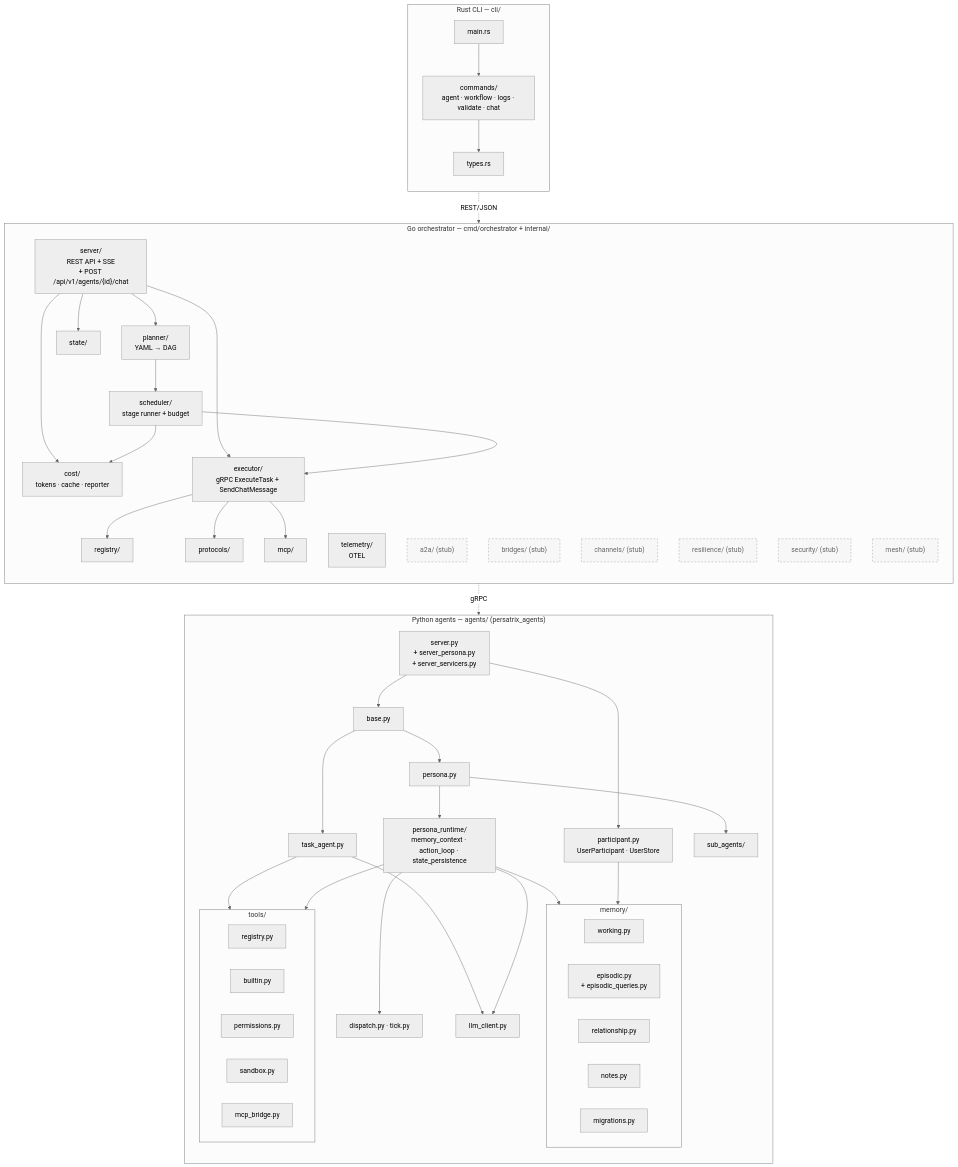
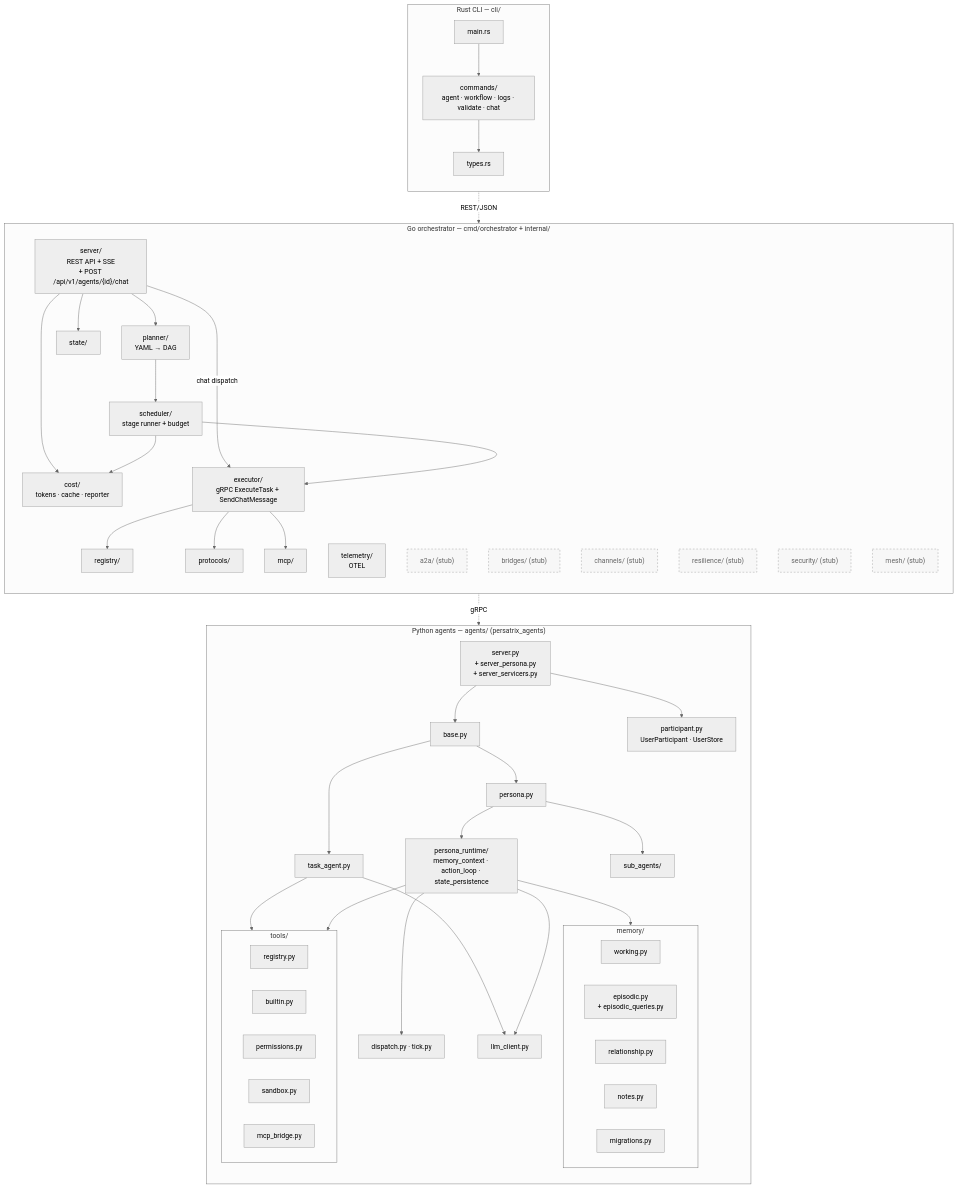
The diagram in docs/diagrams/component-architecture.md (mkhomutov/Persatrix), drawn with Mermaid (neutral theme) before and after one commit. The commit also changed 2 other files, not shown here.

Commit message:
docs(diagrams): apply PR review accuracy fixes

```diff
--- a/docs/diagrams/component-architecture.md
+++ b/docs/diagrams/component-architecture.md
@@ -38,7 +38,7 @@
         SERVER --> PLANNER
         SERVER --> STATE
         SERVER --> COST
-        SERVER --> EXECUTOR
+        SERVER -->|chat dispatch| EXECUTOR
         PLANNER --> SCHEDULER
         SCHEDULER --> EXECUTOR
         SCHEDULER --> COST
@@ -87,7 +87,6 @@
         TASK --> TOOLS
         PRUNTIME --> TOOLS
         PERSONA --> SUB
-        PART --> MEM
     end
 
     Rust -.->|REST/JSON| Go
```
